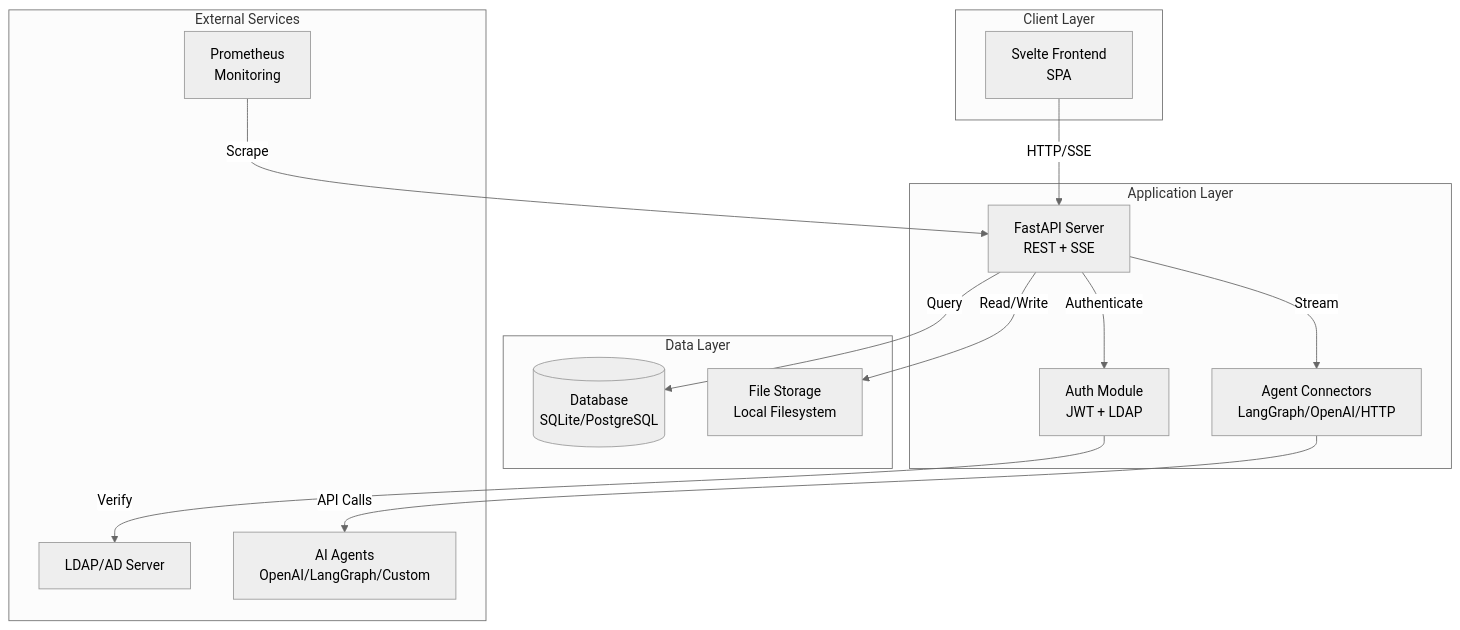
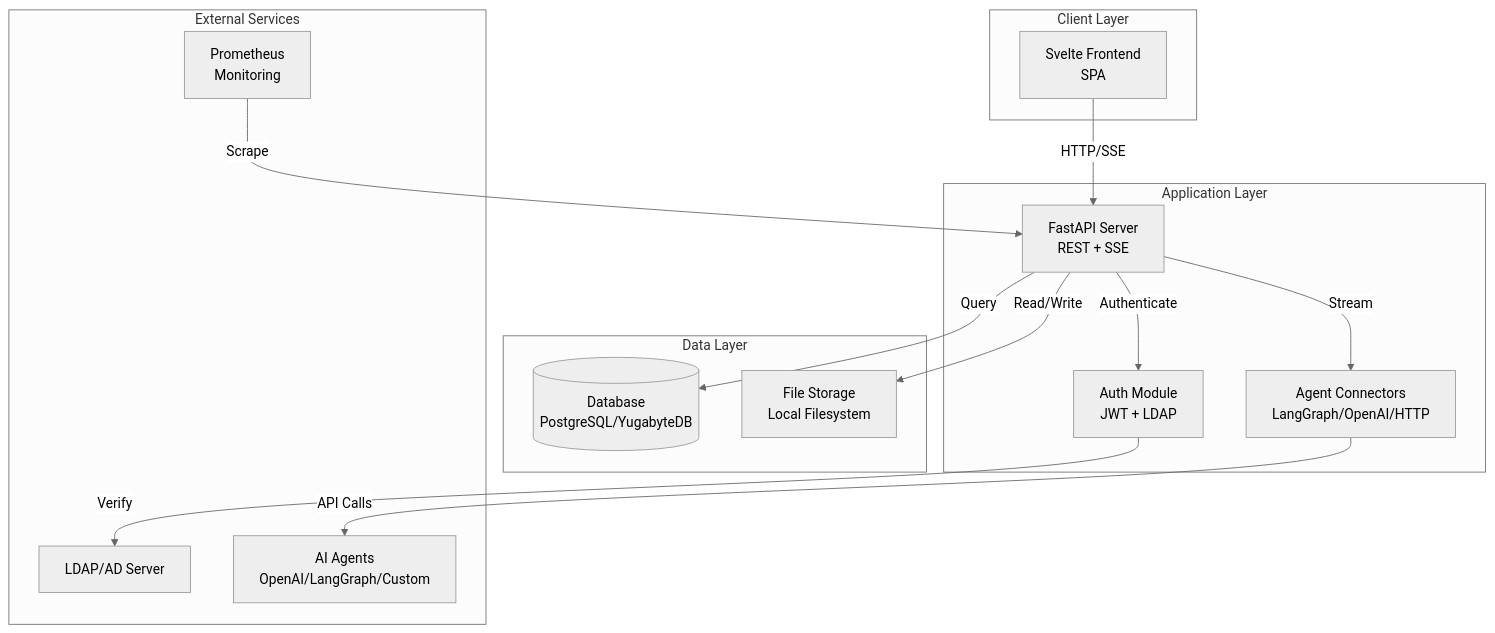
The first of 7 diagrams in docs/prd/06-architecture.md (sweiyang/frontier), drawn with Mermaid (neutral theme) before and after one commit. The commit also changed other lines of this file and 60 other files, not shown here.

````diff
--- a/docs/prd/06-architecture.md
+++ b/docs/prd/06-architecture.md
@@ -9,32 +9,32 @@
 ```mermaid
 graph TB
     subgraph "Client Layer"
         UI[Svelte Frontend<br/>SPA]
     end
 
     subgraph "Application Layer"
         API[FastAPI Server<br/>REST + SSE]
         Auth[Auth Module<br/>JWT + LDAP]
         Connectors[Agent Connectors<br/>LangGraph/OpenAI/HTTP]
     end
 
     subgraph "Data Layer"
-        DB[(Database<br/>SQLite/PostgreSQL)]
+        DB[(Database<br/>PostgreSQL/YugabyteDB)]
         Files[File Storage<br/>Local Filesystem]
     end
 
     subgraph "External Services"
         LDAP[LDAP/AD Server]
         Agents[AI Agents<br/>OpenAI/LangGraph/Custom]
         Metrics[Prometheus<br/>Monitoring]
     end
 
     UI -->|HTTP/SSE| API
     API -->|Authenticate| Auth
     Auth -->|Verify| LDAP
     API -->|Query| DB
     API -->|Stream| Connectors
     Connectors -->|API Calls| Agents
     API -->|Read/Write| Files
     Metrics -->|Scrape| API
 ```
````
